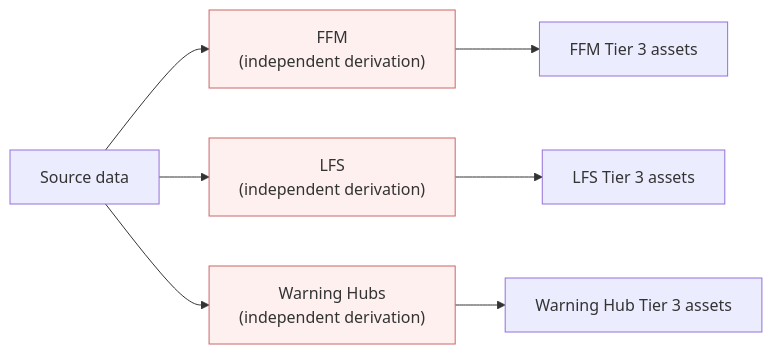
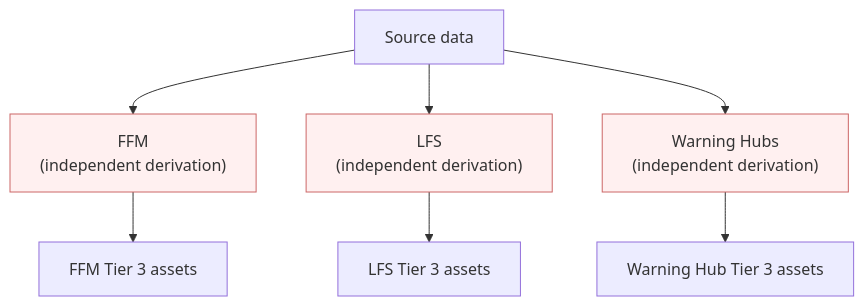
Before and after one commit to JonPayneEA/Governance: the first of 2 diagrams in 03-shared-datasets.qmd, drawn with Mermaid. The commit also changed other lines of this file and 2 other files, not shown here.

Commit message:
fix: constrain Mermaid diagrams to page width for PDF export
Added %%| fig-width: 6 to all four diagrams. Switched LR layout to TD
on the data flow diagrams — horizontal layout overruns portrait pages.

````diff
--- a/03-shared-datasets.qmd
+++ b/03-shared-datasets.qmd
@@ -68,21 +68,22 @@
 ```{mermaid}
-graph LR
+%%| fig-width: 6
+graph TD
     SRC["Source data"]
     FFM["FFM<br/>(independent derivation)"]
     LFS["LFS<br/>(independent derivation)"]
     WH["Warning Hubs<br/>(independent derivation)"]
     FFM_T3["FFM Tier 3 assets"]
     LFS_T3["LFS Tier 3 assets"]
     WH_T3["Warning Hub Tier 3 assets"]
 
     SRC --> FFM
     SRC --> LFS
     SRC --> WH
     FFM --> FFM_T3
     LFS --> LFS_T3
     WH --> WH_T3
 
     style FFM fill:#fff0f0,stroke:#cc6666
     style LFS fill:#fff0f0,stroke:#cc6666
     style WH fill:#fff0f0,stroke:#cc6666
 ```
````
